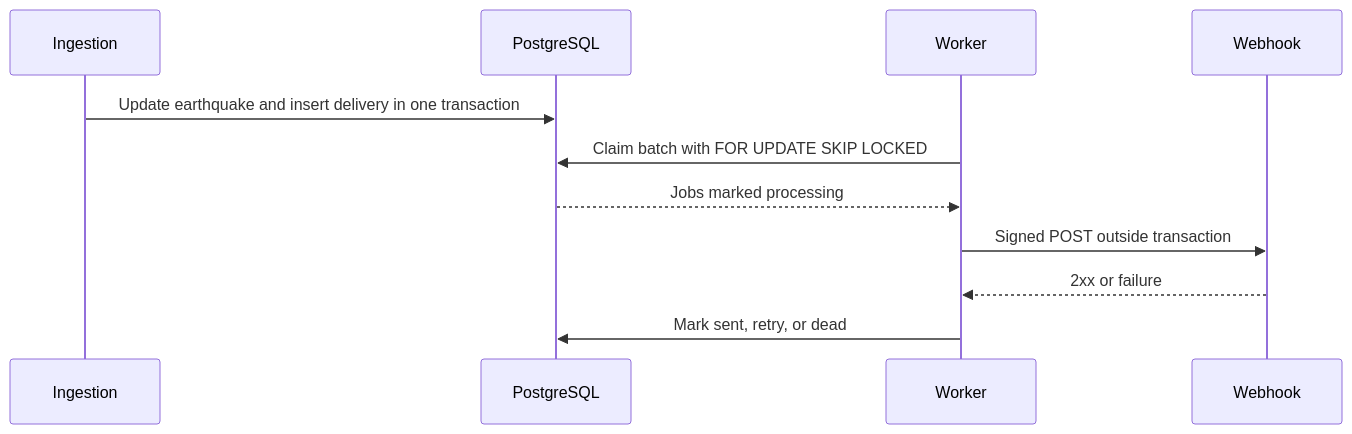
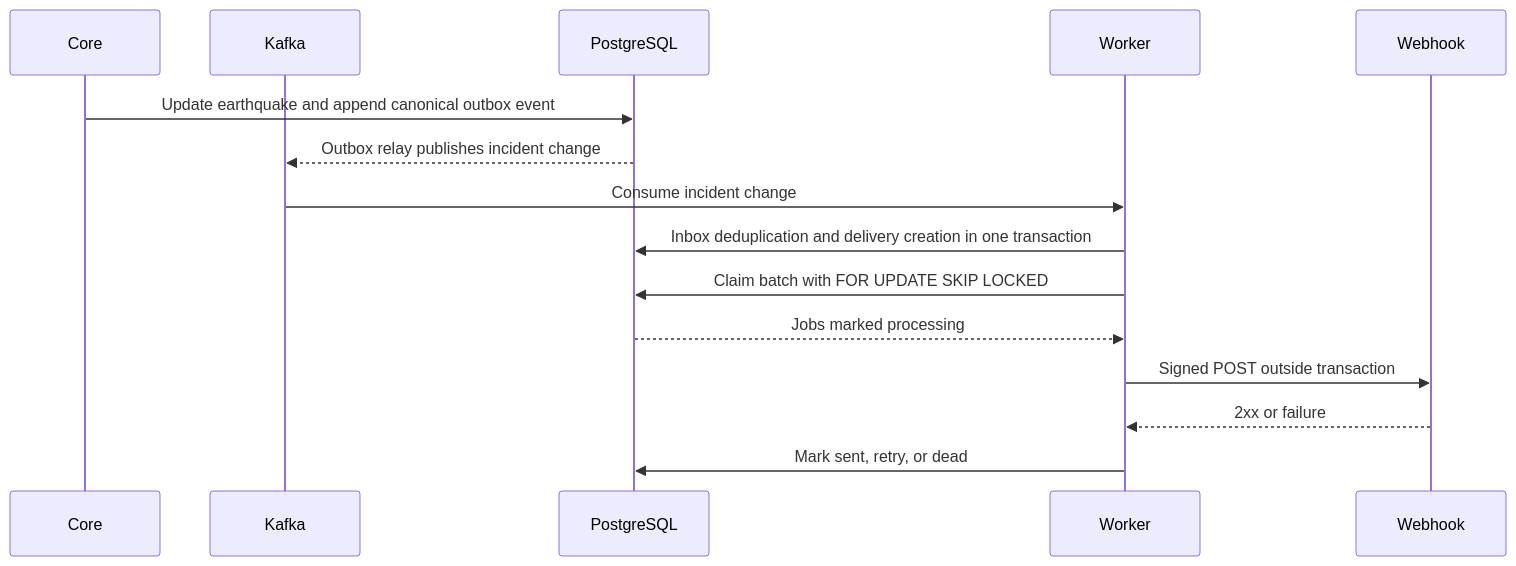
Before and after one commit to stanislavdev3/shaker: the second of 2 diagrams in docs/architecture.md, drawn with Mermaid. The commit also changed other lines of this file and 52 other files, not shown here.

Commit message:
Deploy Shaker microservice architecture

````diff
--- a/docs/architecture.md
+++ b/docs/architecture.md
@@ -59,13 +65,17 @@
 ```mermaid
 sequenceDiagram
-    participant I as Ingestion
+    participant C as Core
+    participant K as Kafka
     participant P as PostgreSQL
     participant W as Worker
     participant H as Webhook
-    I->>P: Update earthquake and insert delivery in one transaction
+	C->>P: Update earthquake and append canonical outbox event
+	P-->>K: Outbox relay publishes incident change
+	K->>W: Consume incident change
+	W->>P: Inbox deduplication and delivery creation in one transaction
     W->>P: Claim batch with FOR UPDATE SKIP LOCKED
     P-->>W: Jobs marked processing
     W->>H: Signed POST outside transaction
     H-->>W: 2xx or failure
     W->>P: Mark sent, retry, or dead
 ```
````
